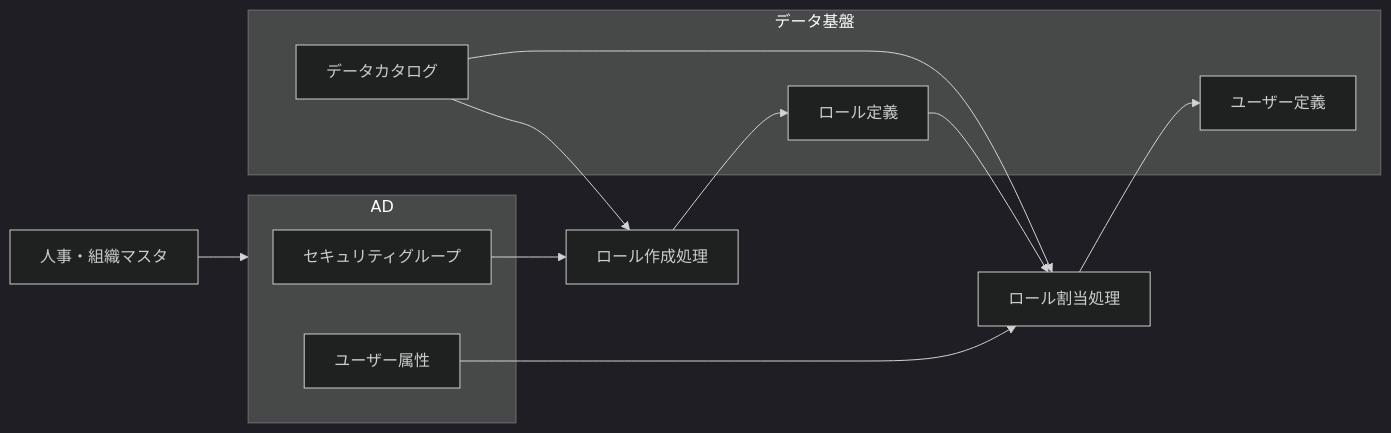
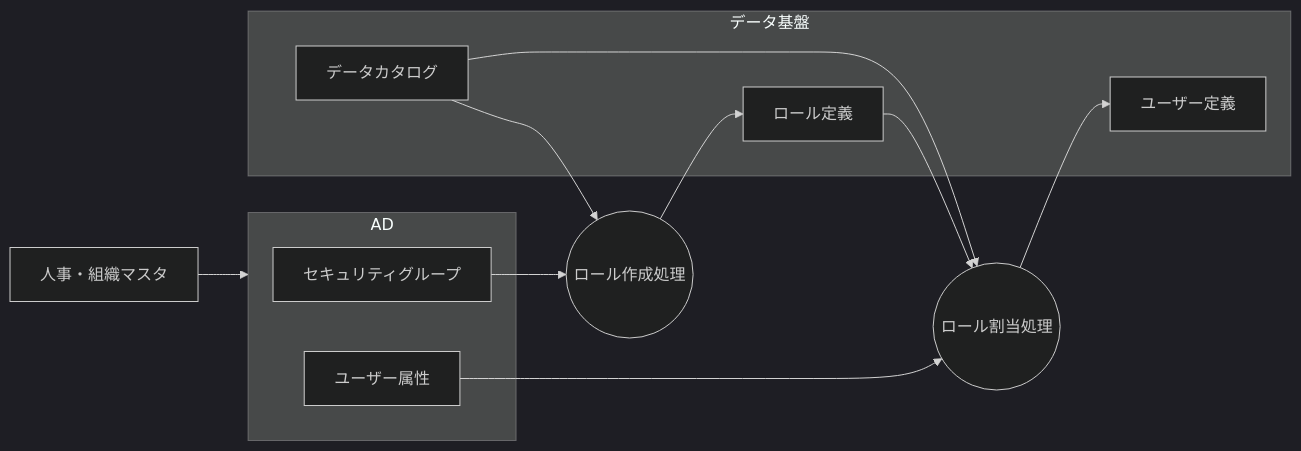
The sixth of 8 diagrams in documents/forDataManagement/datamanagement_guidelines.md (future-architect/arch-guidelines), drawn with Mermaid (dark theme) before and after one commit. The commit also changed other lines of this file, not shown here.

````diff
--- a/documents/forDataManagement/datamanagement_guidelines.md
+++ b/documents/forDataManagement/datamanagement_guidelines.md
@@ -1542,26 +1520,26 @@
 ```mermaid
 graph LR
     A[人事・組織マスタ] --> AD;
-    E[ロール作成処理];
-    F[ロール割当処理];
+    E((ロール作成処理));
+    F((ロール割当処理));
     E --> G[ロール定義];
     H[ユーザー定義];
 
     subgraph AD
         B1[セキュリティグループ];
         B2[ユーザー属性];
     end
 
     subgraph データ基盤
         D1[データカタログ];
         G[ロール定義];
         H[ユーザー定義];
     end
 
     B1 --> E;
     D1 --> E;
     B2 --> F;
     D1 --> F;
     F  --> H;
     G  --> F;
 ```
````
